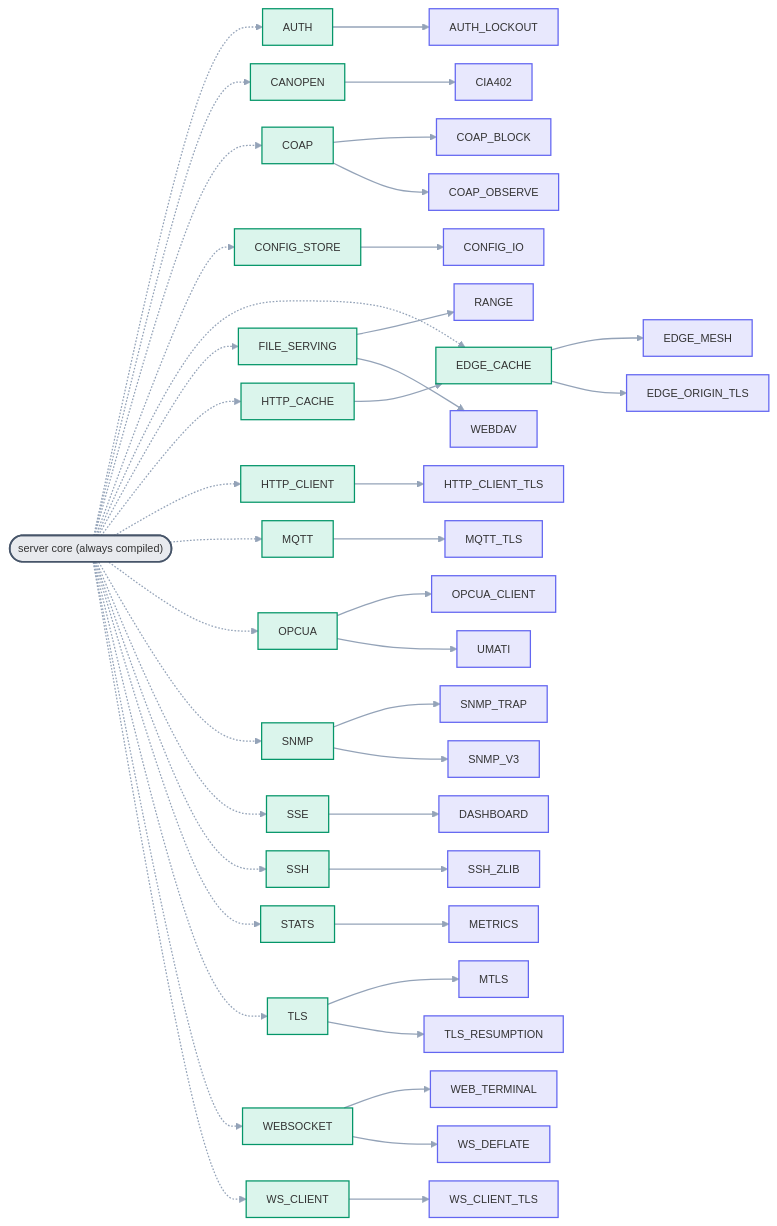
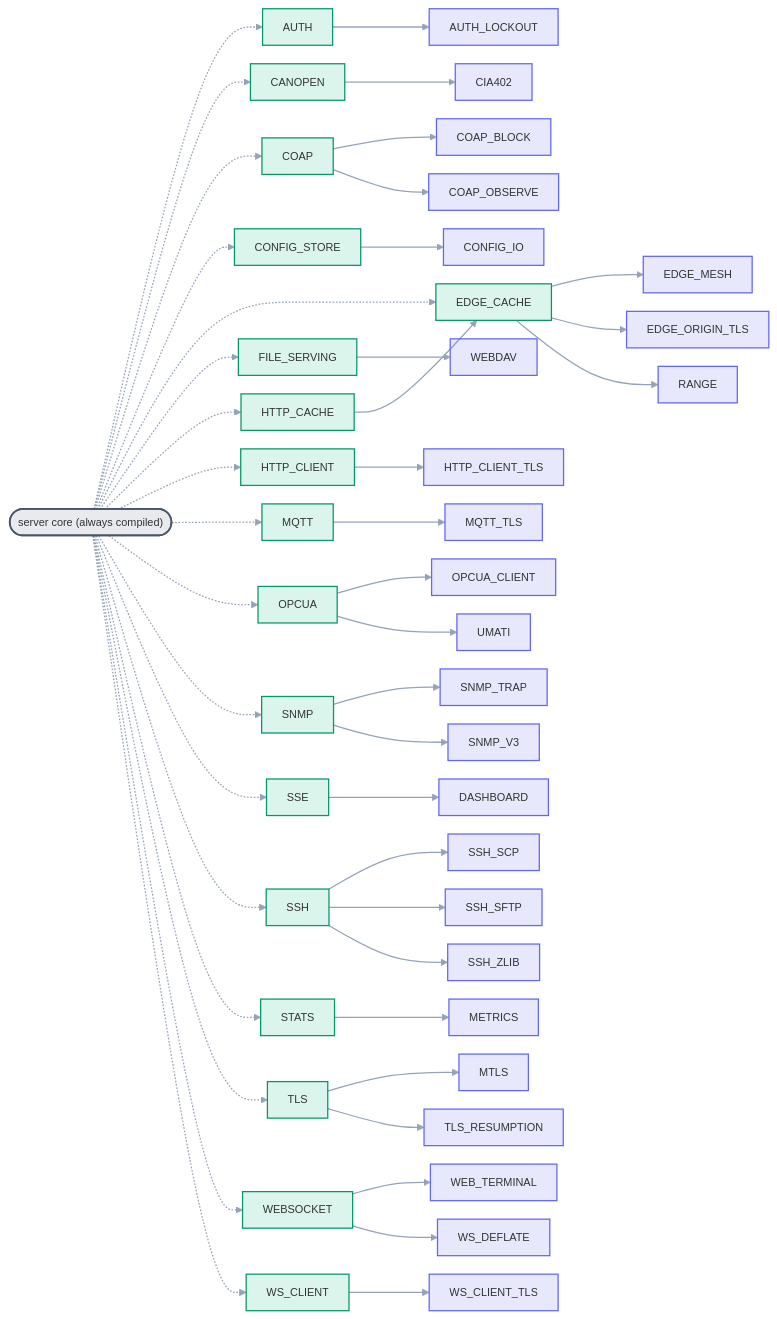
Before and after one commit to dstroy0/DeterministicESPAsyncWebServer: the diagram in docs/diagrams/flag_deps.mmd, drawn with Mermaid. The commit also changed 6 other files, not shown here.

```diff
--- a/docs/diagrams/flag_deps.mmd
+++ b/docs/diagrams/flag_deps.mmd
@@ -1,98 +1,102 @@
 %%{init: {'themeVariables':{'fontFamily':'monospace','fontSize':'13px','lineColor':'#94a3b8'},'flowchart':{'htmlLabels':false,'curve':'basis','nodeSpacing':22,'rankSpacing':75,'padding':12,'useMaxWidth':false}}}%%
 flowchart LR
   %% Optional feature families hang off the always-compiled core (dotted = optional, NOT
   %% a dependency); within a family a solid A --> B means B requires A (a hard #error).
   %% Auto-generated from the #error / #if guards in src/ServerConfig.h.
 
   CORE(["server core (always compiled)"])
   AUTH["AUTH"]
   CANOPEN["CANOPEN"]
   COAP["COAP"]
   CONFIG_STORE["CONFIG_STORE"]
   EDGE_CACHE["EDGE_CACHE"]
   FILE_SERVING["FILE_SERVING"]
   HTTP_CACHE["HTTP_CACHE"]
   HTTP_CLIENT["HTTP_CLIENT"]
   MQTT["MQTT"]
   OPCUA["OPCUA"]
   SNMP["SNMP"]
   SSE["SSE"]
   SSH["SSH"]
   STATS["STATS"]
   TLS["TLS"]
   WEBSOCKET["WEBSOCKET"]
   WS_CLIENT["WS_CLIENT"]
   AUTH_LOCKOUT["AUTH_LOCKOUT"]
   CIA402["CIA402"]
   COAP_BLOCK["COAP_BLOCK"]
   COAP_OBSERVE["COAP_OBSERVE"]
   CONFIG_IO["CONFIG_IO"]
   DASHBOARD["DASHBOARD"]
   EDGE_MESH["EDGE_MESH"]
   EDGE_ORIGIN_TLS["EDGE_ORIGIN_TLS"]
   HTTP_CLIENT_TLS["HTTP_CLIENT_TLS"]
   METRICS["METRICS"]
   MQTT_TLS["MQTT_TLS"]
   MTLS["MTLS"]
   OPCUA_CLIENT["OPCUA_CLIENT"]
   RANGE["RANGE"]
   SNMP_TRAP["SNMP_TRAP"]
   SNMP_V3["SNMP_V3"]
+  SSH_SCP["SSH_SCP"]
+  SSH_SFTP["SSH_SFTP"]
   SSH_ZLIB["SSH_ZLIB"]
   TLS_RESUMPTION["TLS_RESUMPTION"]
   UMATI["UMATI"]
   WEBDAV["WEBDAV"]
   WEB_TERMINAL["WEB_TERMINAL"]
   WS_CLIENT_TLS["WS_CLIENT_TLS"]
   WS_DEFLATE["WS_DEFLATE"]
 
   CORE -.-> AUTH
   CORE -.-> CANOPEN
   CORE -.-> COAP
   CORE -.-> CONFIG_STORE
   CORE -.-> EDGE_CACHE
   CORE -.-> FILE_SERVING
   CORE -.-> HTTP_CACHE
   CORE -.-> HTTP_CLIENT
   CORE -.-> MQTT
   CORE -.-> OPCUA
   CORE -.-> SNMP
   CORE -.-> SSE
   CORE -.-> SSH
   CORE -.-> STATS
   CORE -.-> TLS
   CORE -.-> WEBSOCKET
   CORE -.-> WS_CLIENT
 
   AUTH --> AUTH_LOCKOUT
   CANOPEN --> CIA402
   COAP --> COAP_BLOCK
   COAP --> COAP_OBSERVE
   CONFIG_STORE --> CONFIG_IO
   EDGE_CACHE --> EDGE_MESH
   EDGE_CACHE --> EDGE_ORIGIN_TLS
-  FILE_SERVING --> RANGE
+  EDGE_CACHE --> RANGE
   FILE_SERVING --> WEBDAV
   HTTP_CACHE --> EDGE_CACHE
   HTTP_CLIENT --> HTTP_CLIENT_TLS
   MQTT --> MQTT_TLS
   OPCUA --> OPCUA_CLIENT
   OPCUA --> UMATI
   SNMP --> SNMP_TRAP
   SNMP --> SNMP_V3
   SSE --> DASHBOARD
+  SSH --> SSH_SCP
+  SSH --> SSH_SFTP
   SSH --> SSH_ZLIB
   STATS --> METRICS
   TLS --> MTLS
   TLS --> TLS_RESUMPTION
   WEBSOCKET --> WEB_TERMINAL
   WEBSOCKET --> WS_DEFLATE
   WS_CLIENT --> WS_CLIENT_TLS
 
   class CORE core;
   class AUTH,CANOPEN,COAP,CONFIG_STORE,EDGE_CACHE,FILE_SERVING,HTTP_CACHE,HTTP_CLIENT,MQTT,OPCUA,SNMP,SSE,SSH,STATS,TLS,WEBSOCKET,WS_CLIENT parent;
-  class AUTH_LOCKOUT,CIA402,COAP_BLOCK,COAP_OBSERVE,CONFIG_IO,DASHBOARD,EDGE_MESH,EDGE_ORIGIN_TLS,HTTP_CLIENT_TLS,METRICS,MQTT_TLS,MTLS,OPCUA_CLIENT,RANGE,SNMP_TRAP,SNMP_V3,SSH_ZLIB,TLS_RESUMPTION,UMATI,WEBDAV,WEB_TERMINAL,WS_CLIENT_TLS,WS_DEFLATE child;
+  class AUTH_LOCKOUT,CIA402,COAP_BLOCK,COAP_OBSERVE,CONFIG_IO,DASHBOARD,EDGE_MESH,EDGE_ORIGIN_TLS,HTTP_CLIENT_TLS,METRICS,MQTT_TLS,MTLS,OPCUA_CLIENT,RANGE,SNMP_TRAP,SNMP_V3,SSH_SCP,SSH_SFTP,SSH_ZLIB,TLS_RESUMPTION,UMATI,WEBDAV,WEB_TERMINAL,WS_CLIENT_TLS,WS_DEFLATE child;
   classDef core fill:#64748b26,stroke:#475569,stroke-width:2px;
   classDef parent fill:#10b98126,stroke:#059669,stroke-width:1.5px;
   classDef child fill:#6366f126,stroke:#6366f1,stroke-width:1.5px;
   linkStyle default stroke-width:1.5px;
```
